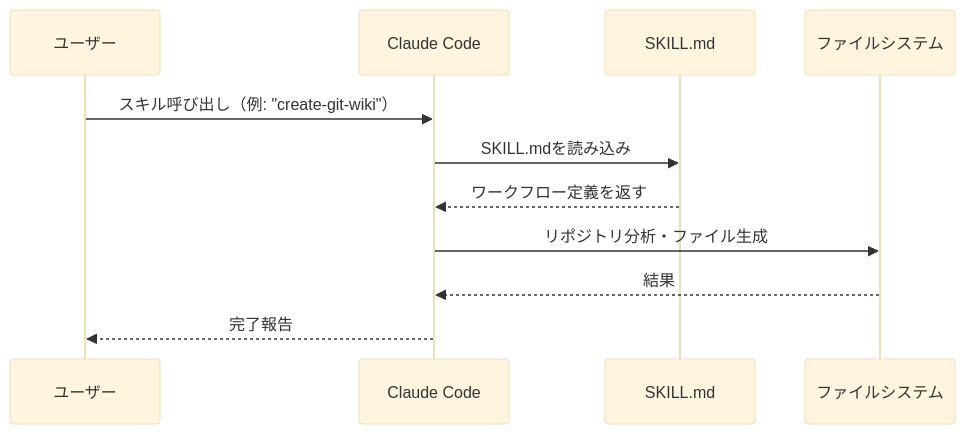
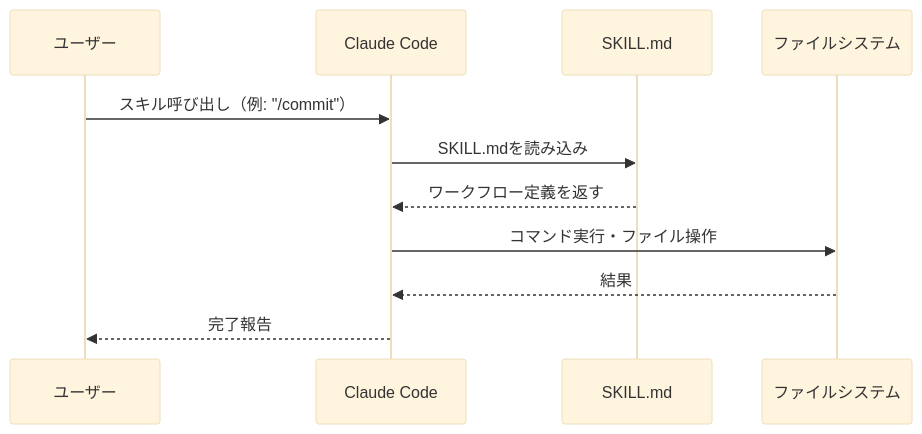
One commit to waless-seel/agent-setting changed the second of 3 diagrams in wiki/overview.md. Above: the diagram before and after it, drawn with Mermaid (base theme). The commit also changed other lines of this file and 10 other files, not shown here.

````diff
--- a/wiki/overview.md
+++ b/wiki/overview.md
@@ -23,14 +34,14 @@
 ```mermaid
 sequenceDiagram
     participant U as ユーザー
     participant CC as Claude Code
     participant S as SKILL.md
     participant FS as ファイルシステム
 
-    U->>CC: スキル呼び出し（例: "create-git-wiki"）
+    U->>CC: スキル呼び出し（例: "/commit"）
     CC->>S: SKILL.mdを読み込み
     S-->>CC: ワークフロー定義を返す
-    CC->>FS: リポジトリ分析・ファイル生成
+    CC->>FS: コマンド実行・ファイル操作
     FS-->>CC: 結果
     CC-->>U: 完了報告
 ```
````
